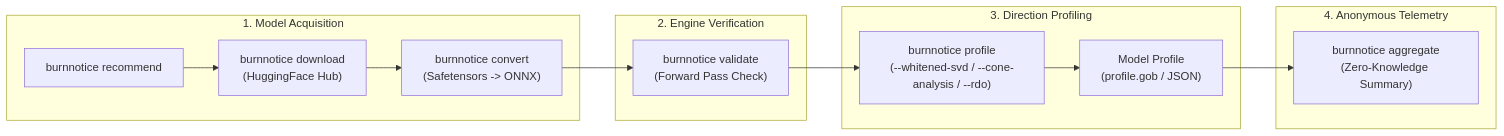
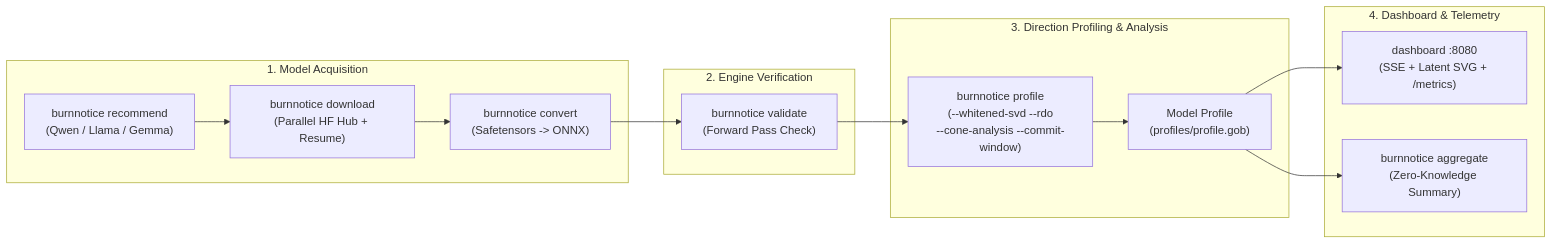
The first of 2 diagrams in docs/cli.md (23skdu/BurnNotice), drawn with Mermaid before and after one commit. The commit also changed other lines of this file and 15 other files, not shown here.

````diff
--- a/docs/cli.md
+++ b/docs/cli.md
@@ -19,23 +24,26 @@
 ```mermaid
 flowchart LR
     subgraph Acquire["1. Model Acquisition"]
-        REC["burnnotice recommend"]
-        DL["burnnotice download\n(HuggingFace Hub)"]
+        REC["burnnotice recommend\n(Qwen / Llama / Gemma)"]
+        DL["burnnotice download\n(Parallel HF Hub + Resume)"]
         CONV["burnnotice convert\n(Safetensors -> ONNX)"]
     end
 
     subgraph Verify["2. Engine Verification"]
         VAL["burnnotice validate\n(Forward Pass Check)"]
     end
 
-    subgraph Extract["3. Direction Profiling"]
-        PROF["burnnotice profile\n(--whitened-svd / --cone-analysis / --rdo)"]
-        GOB["Model Profile\n(profile.gob / JSON)"]
+    subgraph Extract["3. Direction Profiling & Analysis"]
+        PROF["burnnotice profile\n(--whitened-svd --rdo\n--cone-analysis --commit-window)"]
+        GOB["Model Profile\n(profiles/profile.gob)"]
     end
 
-    subgraph Telemetry["4. Anonymous Telemetry"]
+    subgraph Runtime["4. Dashboard & Telemetry"]
+        DASH["dashboard :8080\n(SSE + Latent SVG + /metrics)"]
         AGG["burnnotice aggregate\n(Zero-Knowledge Summary)"]
     end
 
-    REC --> DL --> CONV --> VAL --> PROF --> GOB --> AGG
+    REC --> DL --> CONV --> VAL --> PROF --> GOB
+    GOB --> DASH
+    GOB --> AGG
 ```
````
